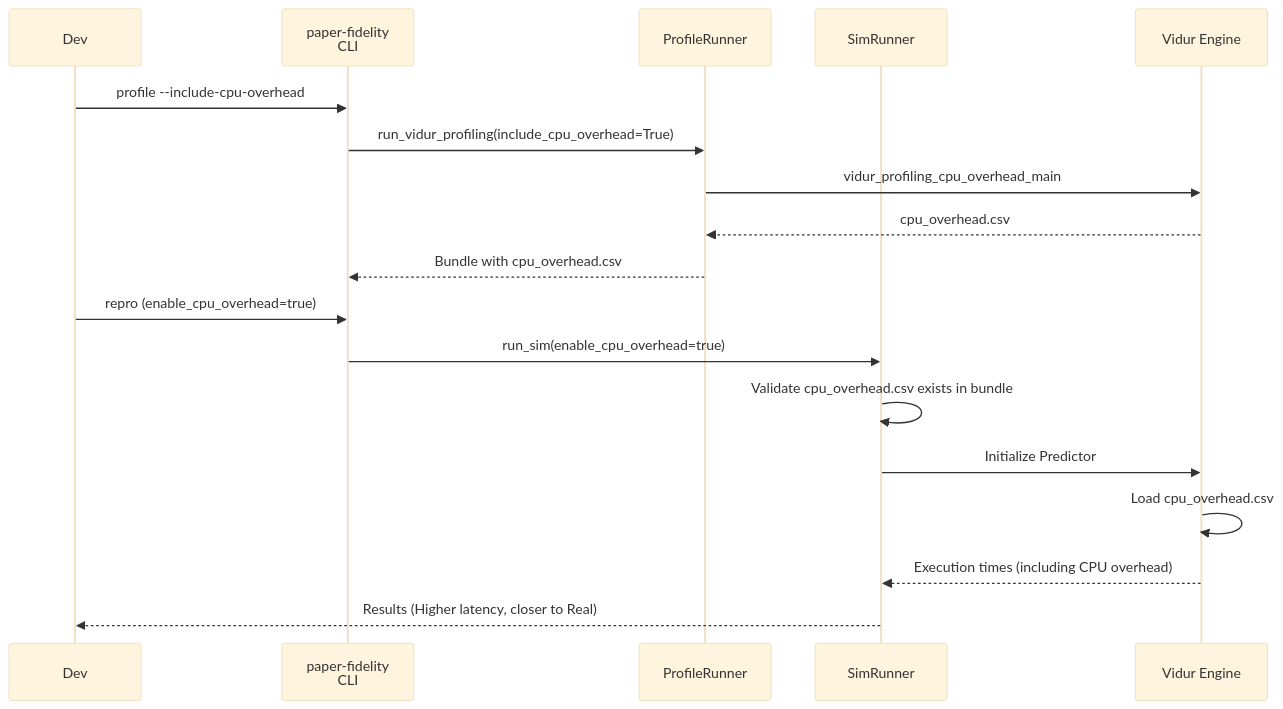
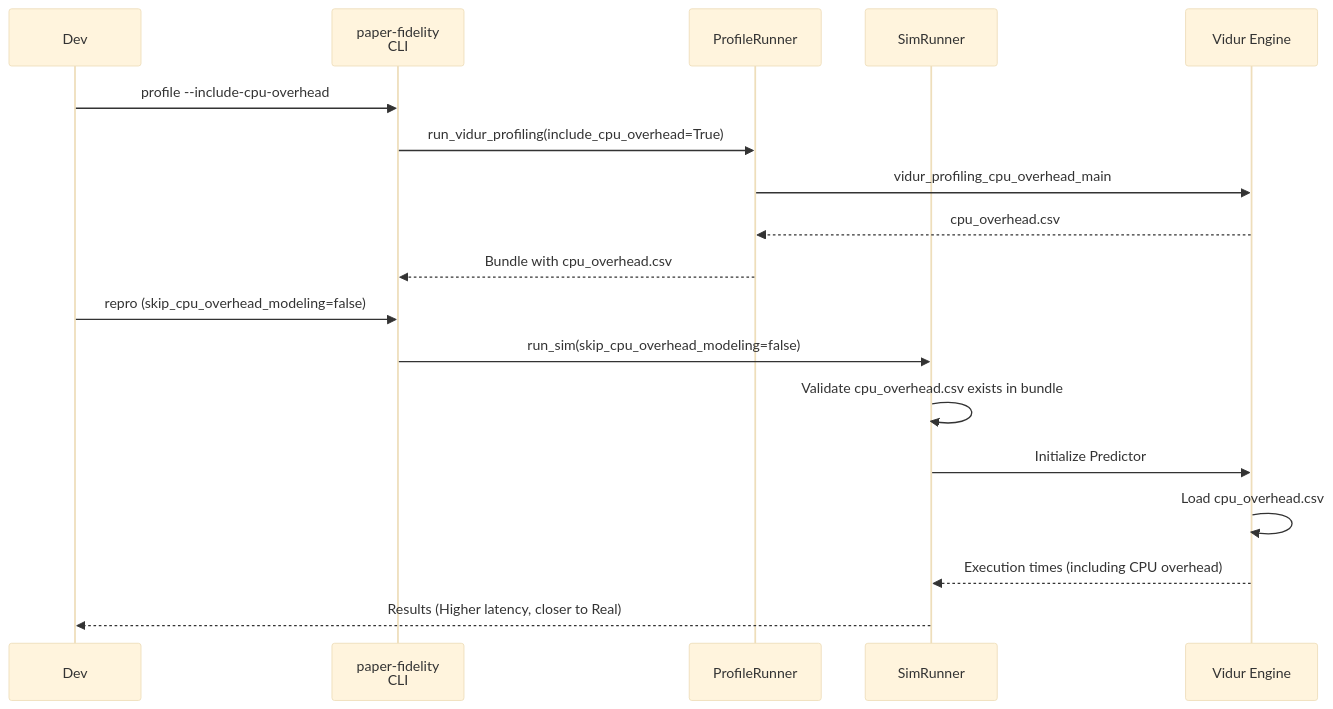
One commit to CodeGandee/gpu-simulate-test changed the diagram in context/plans/plan-enable-vidur-cpu-overhead.md. Above: the diagram before and after it, drawn with Mermaid (base theme). The commit also changed other lines of this file and 19 other files, not shown here.

Commit message:
Use Vidur skip_cpu_overhead_modeling knob

````diff
--- a/context/plans/plan-enable-vidur-cpu-overhead.md
+++ b/context/plans/plan-enable-vidur-cpu-overhead.md
@@ -49,22 +49,22 @@
 ```mermaid
 sequenceDiagram
     participant Dev as Dev
     participant CLI as paper-fidelity<br/>CLI
     participant Prof as ProfileRunner
     participant Sim as SimRunner
     participant Vidur as Vidur Engine
 
     Dev->>CLI: profile --include-cpu-overhead
     CLI->>Prof: run_vidur_profiling(include_cpu_overhead=True)
     Prof->>Vidur: vidur_profiling_cpu_overhead_main
     Vidur-->>Prof: cpu_overhead.csv
     Prof-->>CLI: Bundle with cpu_overhead.csv
 
-    Dev->>CLI: repro (enable_cpu_overhead=true)
-    CLI->>Sim: run_sim(enable_cpu_overhead=true)
+    Dev->>CLI: repro (skip_cpu_overhead_modeling=false)
+    CLI->>Sim: run_sim(skip_cpu_overhead_modeling=false)
     Sim->>Sim: Validate cpu_overhead.csv exists in bundle
     Sim->>Vidur: Initialize Predictor
     Vidur->>Vidur: Load cpu_overhead.csv
     Vidur-->>Sim: Execution times (including CPU overhead)
     Sim-->>Dev: Results (Higher latency, closer to Real)
 ```
````
